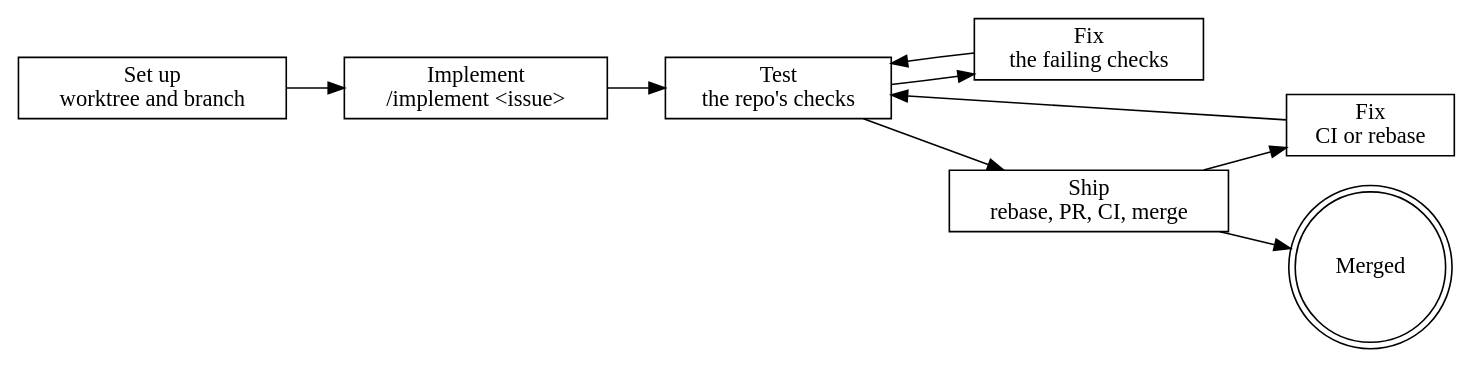
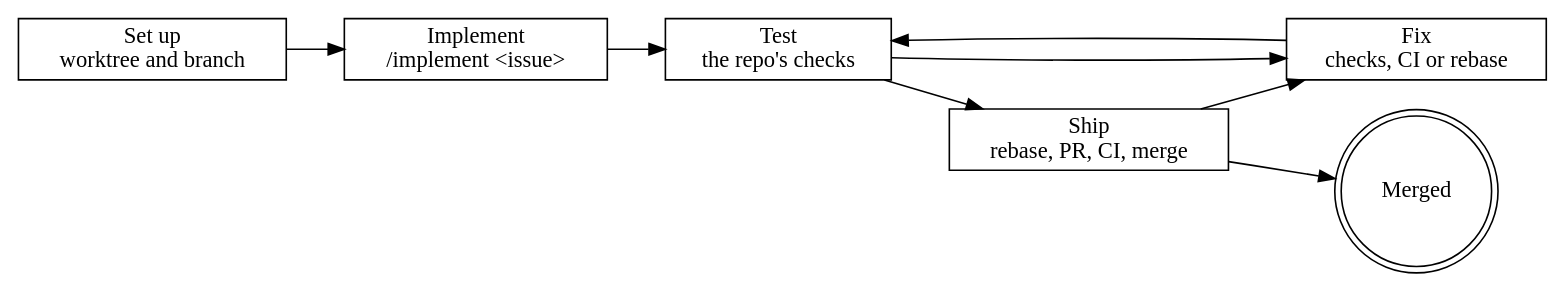
The diagram in .spore/workflows/ticket/workflow.dot (Web-tree/runspore), drawn with Graphviz before and after one commit. The commit also changed 21 other files, not shown here.

```diff
--- a/.spore/workflows/ticket/workflow.dot
+++ b/.spore/workflows/ticket/workflow.dot
@@ -1,22 +1,20 @@
 digraph "ticket" {
   dialect = "runspore/0.2";
   start   = "setup";
   rankdir = LR;
 
   setup     [label="Set up\nworktree and branch", shape=box];
   implement [label="Implement\n/implement <issue>", shape=box];
   test      [label="Test\nthe repo's checks", shape=box];
-  fix       [label="Fix\nthe failing checks", shape=box];
+  fix       [label="Fix\nchecks, CI or rebase", shape=box];
   ship      [label="Ship\nrebase, PR, CI, merge", shape=box];
-  fix_ci    [label="Fix\nCI or rebase", shape=box];
   done      [kind="complete", label="Merged", shape=doublecircle];
 
   setup -> implement;
   implement -> test;
   test -> ship;
   test -> fix [on="red"];
   fix -> test;
   ship -> done;
-  ship -> fix_ci [on="red"];
-  fix_ci -> test;
+  ship -> fix [on="red"];
 }
```
